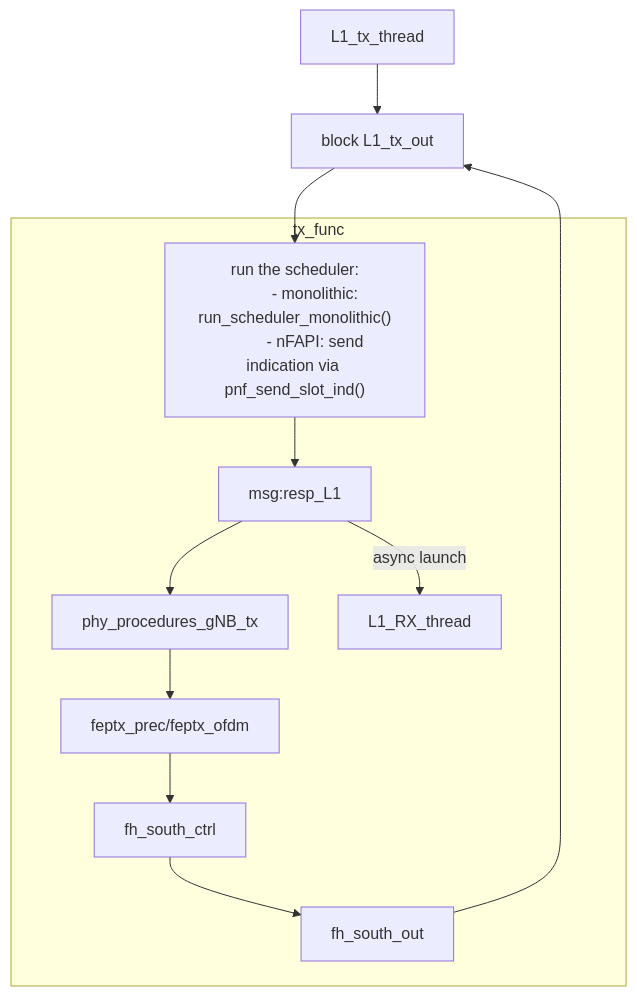
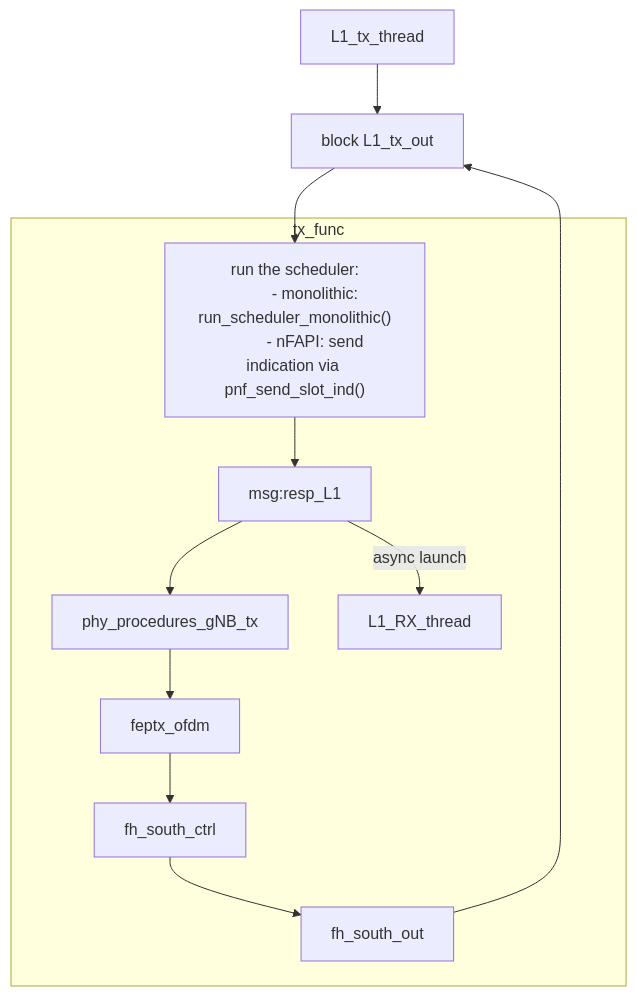
Before and after one commit to duranta-project/openairinterface5g: the second of 3 diagrams in doc/SW-archi-graph.md, drawn with Mermaid. The commit also changed other lines of this file and 1 other file, not shown here.

````diff
--- a/doc/SW-archi-graph.md
+++ b/doc/SW-archi-graph.md
@@ -29,14 +28,14 @@
 ```mermaid
 flowchart TB
     L1_tx_thread --> TX_in[block L1_tx_out] --> NR_slot_indication
 
     subgraph tx_func
 
-        NR_slot_indication --> msg:resp_L1 --> phy_procedures_gNB_tx --> feptx_prec/feptx_ofdm --> fh_south_ctrl --> fh_south_out
+        NR_slot_indication --> msg:resp_L1 --> phy_procedures_gNB_tx --> feptx_ofdm --> fh_south_ctrl --> fh_south_out
         NR_slot_indication["run the scheduler:
           - monolithic: run_scheduler_monolithic()
           - nFAPI: send indication via pnf_send_slot_ind()"]
         msg:resp_L1 -- async launch --> L1_RX_thread
     end
     fh_south_out --> TX_in
 ```
````
